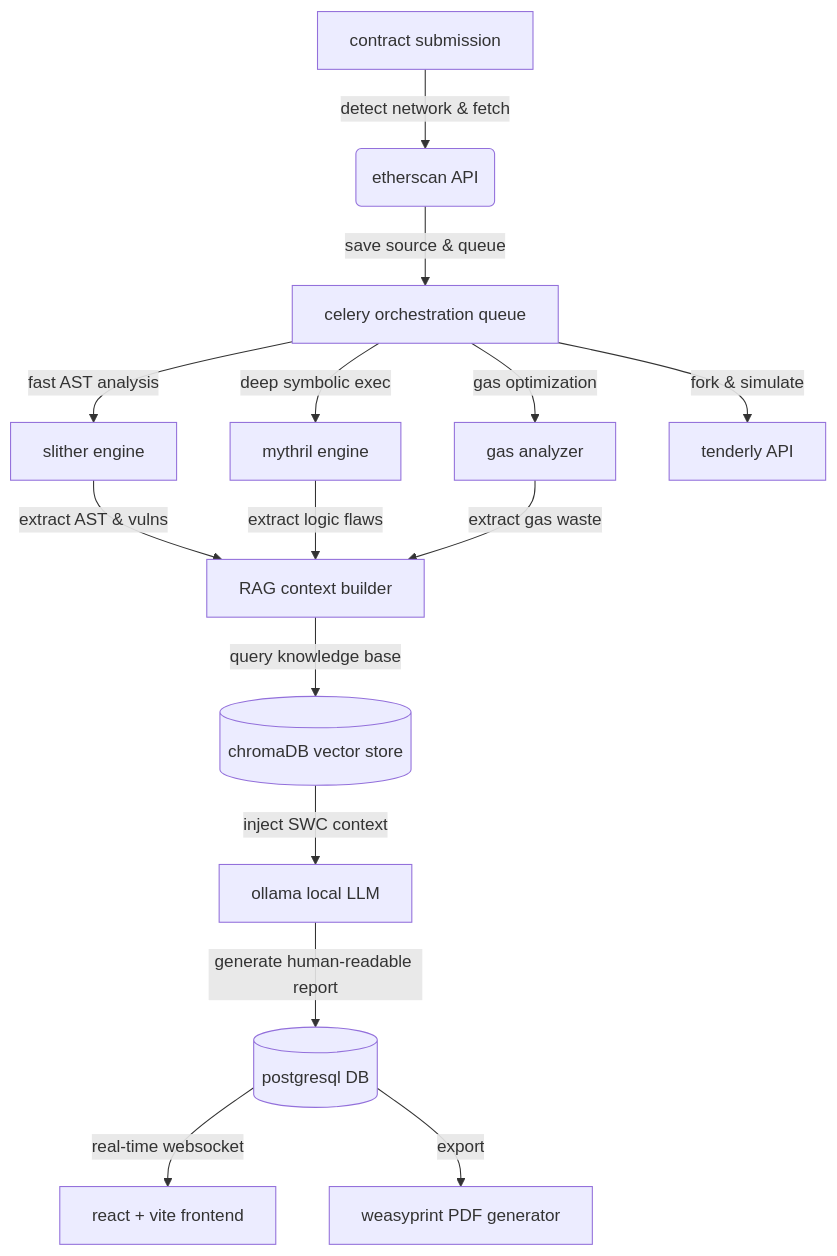
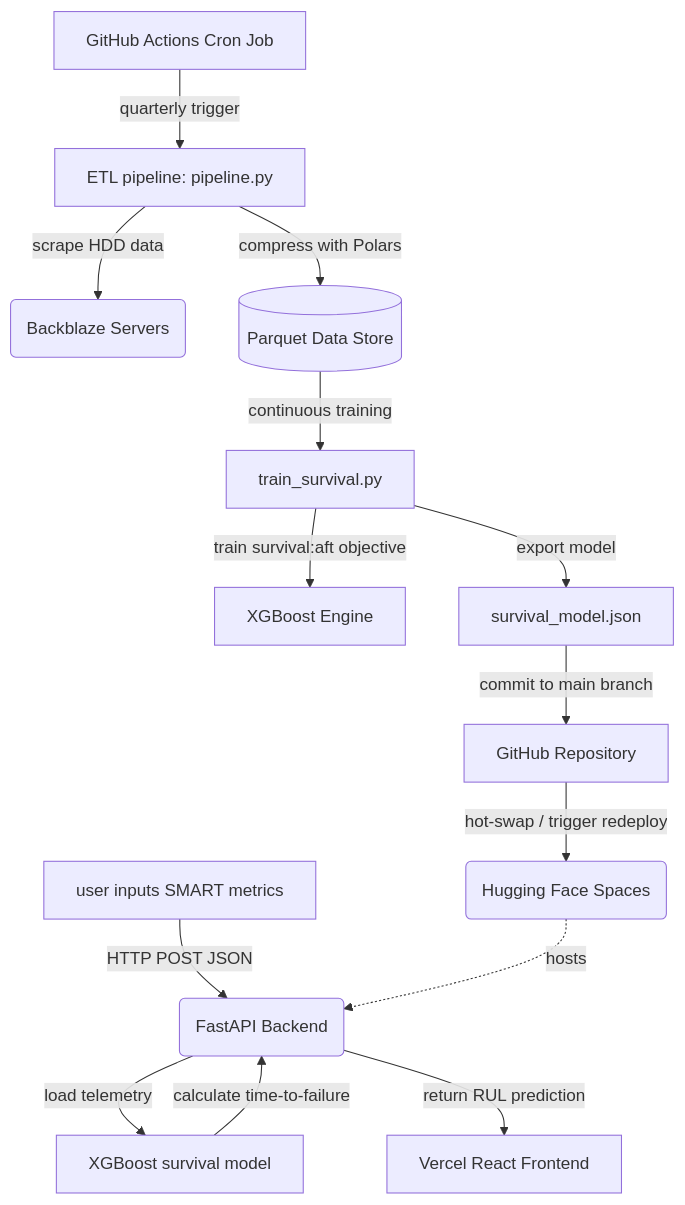
Before and after one commit to bettercallok/data-center-guardian: the diagram in README.md, drawn with Mermaid.

Commit message:
docs: replace web3 diagram with correct mlops architecture diagram

````diff
--- a/README.md
+++ b/README.md
@@ -51,21 +51,19 @@
 ```mermaid
 graph TD
-    A[contract submission] -->|detect network & fetch| B(etherscan API)
-    B -->|save source & queue| C[celery orchestration queue]
+    A[user inputs SMART metrics] -->|HTTP POST JSON| B(FastAPI Backend)
+    B -->|load telemetry| C[XGBoost survival model]
+    C -->|calculate time-to-failure| B
+    B -->|return RUL prediction| D[Vercel React Frontend]
     
-    C -->|fast AST analysis| D[slither engine]
-    C -->|deep symbolic exec| E[mythril engine]
-    C -->|gas optimization| G_ENG[gas analyzer]
-    C -->|fork & simulate| F[tenderly API]
+    E[GitHub Actions Cron Job] -->|quarterly trigger| F[ETL pipeline: pipeline.py]
+    F -->|scrape HDD data| G(Backblaze Servers)
+    F -->|compress with Polars| H[(Parquet Data Store)]
     
-    D -->|extract AST & vulns| G[RAG context builder]
-    E -->|extract logic flaws| G
-    G_ENG -->|extract gas waste| G
+    H -->|continuous training| I[train_survival.py]
+    I -->|train survival:aft objective| J[XGBoost Engine]
+    I -->|export model| K[survival_model.json]
     
-    G -->|query knowledge base| H[(chromaDB vector store)]
-    H -->|inject SWC context| I[ollama local LLM]
-    
-    I -->|generate human-readable report| J[(postgresql DB)]
-    J -->|real-time websocket| K[react + vite frontend]
-    J -->|export| L[weasyprint PDF generator]
+    K -->|commit to main branch| L[GitHub Repository]
+    L -->|hot-swap / trigger redeploy| M(Hugging Face Spaces)
+    M -.->|hosts| B
 ```
````
